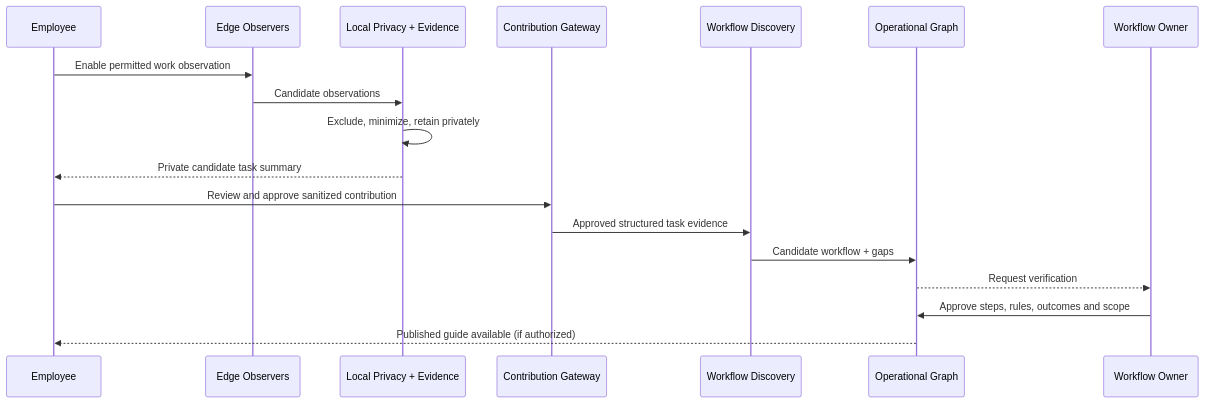
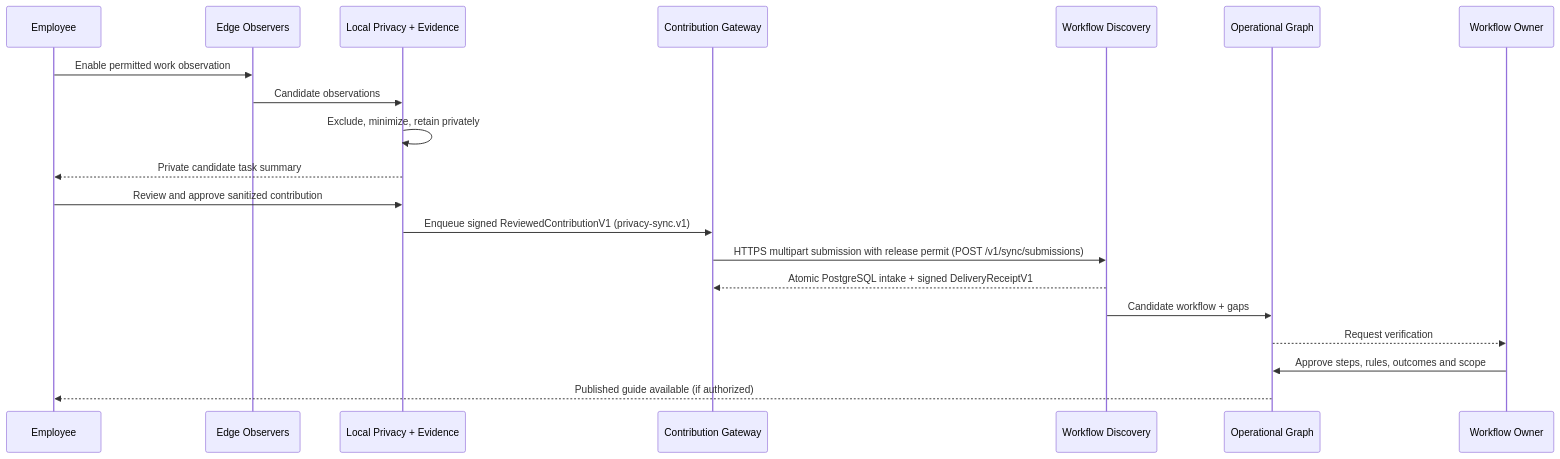
The third of 6 diagrams in TECHNICAL.md (Harikeshav-R/Oryn), drawn with Mermaid before and after one commit. The commit also changed other lines of this file and 25 other files, not shown here.

First line of the commit message:
docs(sync): specify contribution sync and reconcile contracts

````diff
--- a/TECHNICAL.md
+++ b/TECHNICAL.md
@@ -745,21 +745,23 @@
 ```mermaid
 sequenceDiagram
     participant U as Employee
     participant O as Edge Observers
     participant P as Local Privacy + Evidence
     participant C as Contribution Gateway
     participant D as Workflow Discovery
     participant K as Operational Graph
     participant W as Workflow Owner
 
     U->>O: Enable permitted work observation
     O->>P: Candidate observations
     P->>P: Exclude, minimize, retain privately
     P-->>U: Private candidate task summary
-    U->>C: Review and approve sanitized contribution
-    C->>D: Approved structured task evidence
+    U->>P: Review and approve sanitized contribution
+    P->>C: Enqueue signed ReviewedContributionV1 (privacy-sync.v1)
+    C->>D: HTTPS multipart submission with release permit (POST /v1/sync/submissions)
+    D-->>C: Atomic PostgreSQL intake + signed DeliveryReceiptV1
     D->>K: Candidate workflow + gaps
     K-->>W: Request verification
     W->>K: Approve steps, rules, outcomes and scope
     K-->>U: Published guide available (if authorized)
 ```
````
